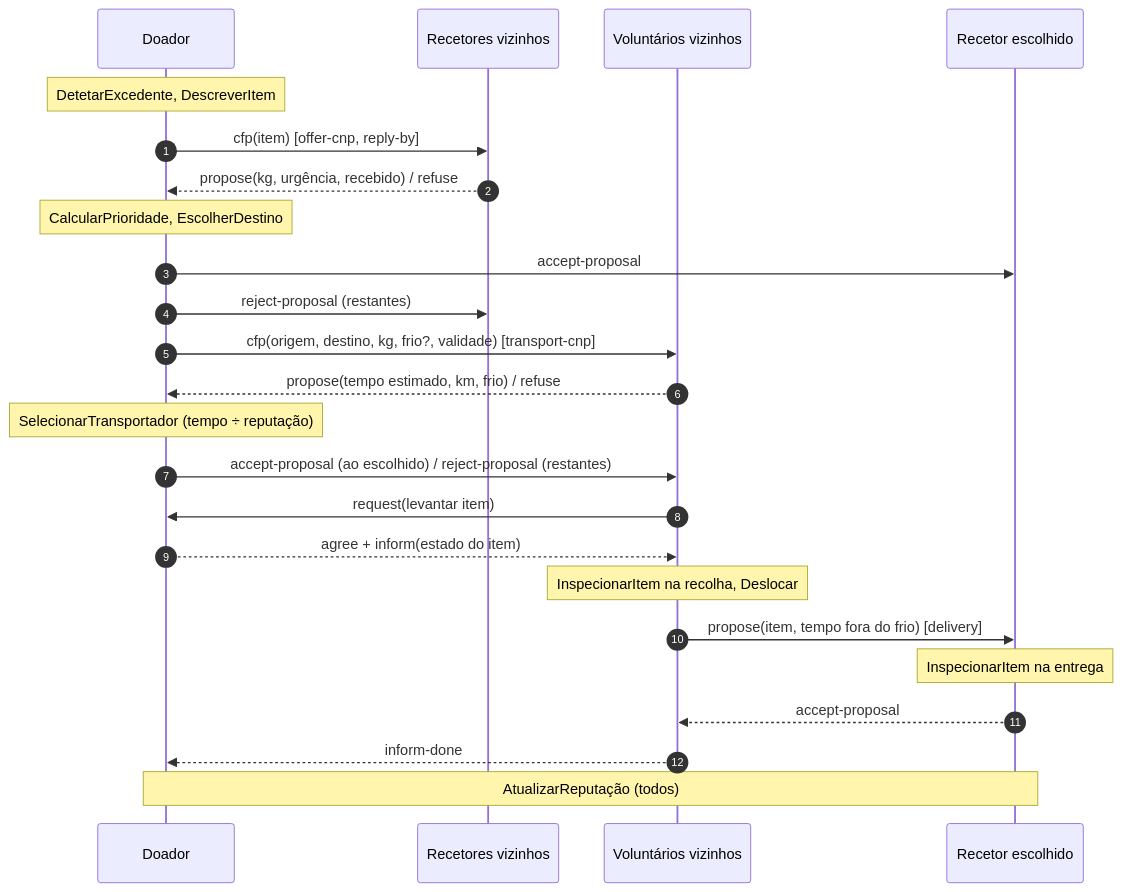
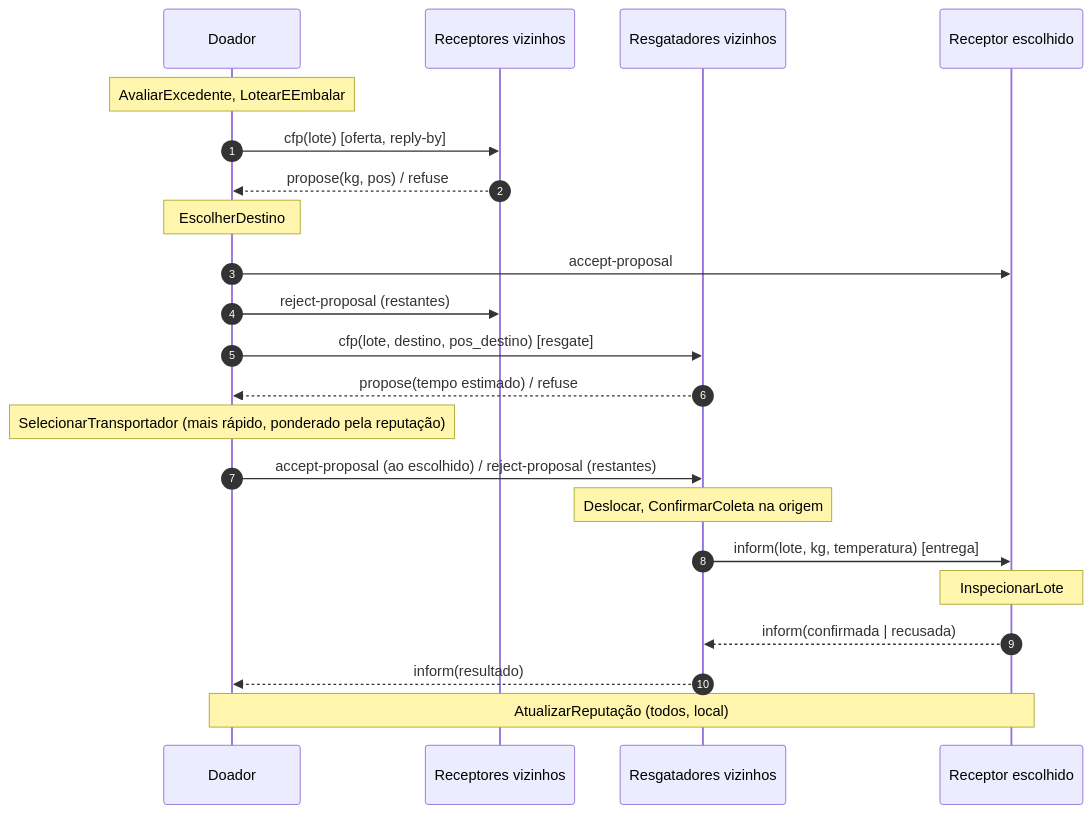
Before and after one commit to VituVVL/food-rescue: the third of 5 diagrams in docs/03-interacoes-fipa.md, drawn with Mermaid. The commit also changed other lines of this file and 4 other files, not shown here.

````diff
--- a/docs/03-interacoes-fipa.md
+++ b/docs/03-interacoes-fipa.md
@@ -208,29 +215,27 @@
 ```mermaid
 sequenceDiagram
     autonumber
     participant D as Doador
-    participant R as Recetores vizinhos
-    participant V as Voluntários vizinhos
-    participant RX as Recetor escolhido
+    participant R as Receptores vizinhos
+    participant V as Resgatadores vizinhos
+    participant RX as Receptor escolhido
 
-    Note over D: DetetarExcedente, DescreverItem
-    D->>R: cfp(item) [offer-cnp, reply-by]
-    R-->>D: propose(kg, urgência, recebido) / refuse
-    Note over D: CalcularPrioridade, EscolherDestino
+    Note over D: AvaliarExcedente, LotearEEmbalar
+    D->>R: cfp(lote) [oferta, reply-by]
+    R-->>D: propose(kg, pos) / refuse
+    Note over D: EscolherDestino
     D->>RX: accept-proposal
     D->>R: reject-proposal (restantes)
 
-    D->>V: cfp(origem, destino, kg, frio?, validade) [transport-cnp]
-    V-->>D: propose(tempo estimado, km, frio) / refuse
-    Note over D: SelecionarTransportador (tempo ÷ reputação)
+    D->>V: cfp(lote, destino, pos_destino) [resgate]
+    V-->>D: propose(tempo estimado) / refuse
+    Note over D: SelecionarTransportador (mais rápido, ponderado pela reputação)
     D->>V: accept-proposal (ao escolhido) / reject-proposal (restantes)
 
-    V->>D: request(levantar item)
-    D-->>V: agree + inform(estado do item)
-    Note over V: InspecionarItem na recolha, Deslocar
-    V->>RX: propose(item, tempo fora do frio) [delivery]
-    Note over RX: InspecionarItem na entrega
-    RX-->>V: accept-proposal
-    V-->>D: inform-done
-    Note over D,RX: AtualizarReputação (todos)
+    Note over V: Deslocar, ConfirmarColeta na origem
+    V->>RX: inform(lote, kg, temperatura) [entrega]
+    Note over RX: InspecionarLote
+    RX-->>V: inform(confirmada | recusada)
+    V-->>D: inform(resultado)
+    Note over D,RX: AtualizarReputação (todos, local)
 ```
````
